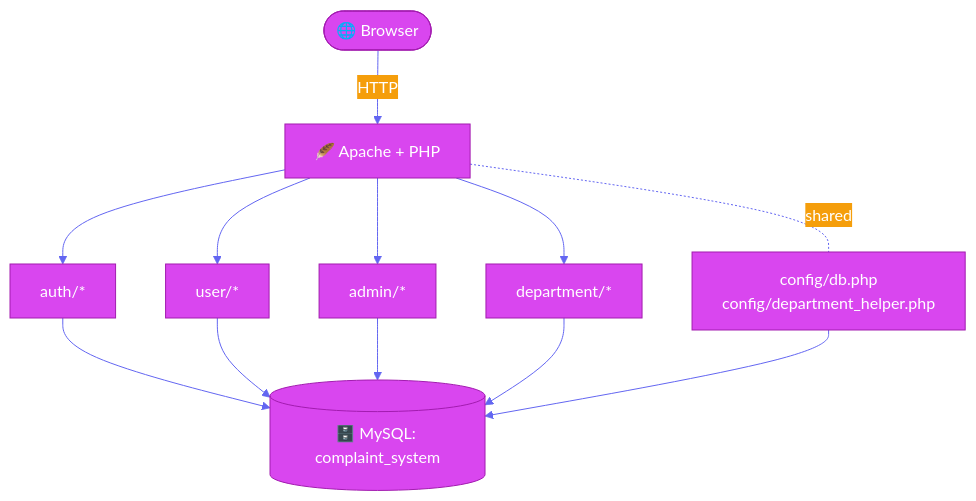
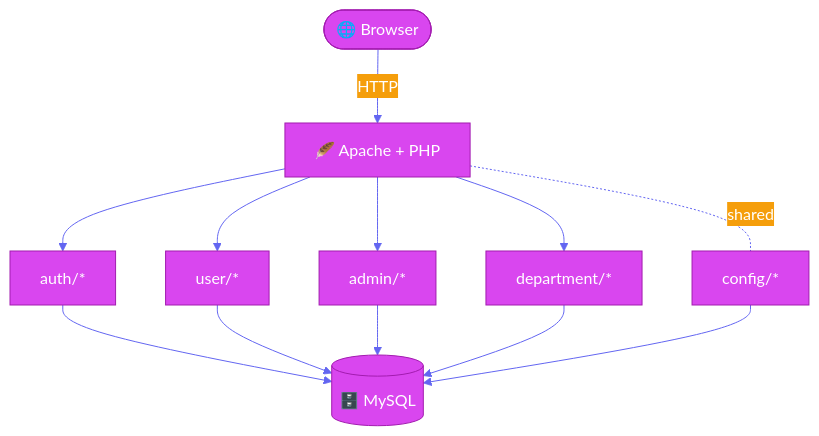
Before and after one commit to jagratsati45/complaint_system_project: the second of 4 diagrams in README.md, drawn with Mermaid. The commit also changed other lines of this file, not shown here.

````diff
--- a/README.md
+++ b/README.md
@@ -265,15 +244,15 @@
 ```mermaid
 %%{init: {'theme':'base','themeVariables':{'primaryColor':'#D946EF','primaryTextColor':'#fff','primaryBorderColor':'#A21CAF','lineColor':'#6366F1','secondaryColor':'#F59E0B','tertiaryColor':'#0F172A'}}}%%
 flowchart TB
   Browser([🌐 Browser]) -->|HTTP| Apache[🪶 Apache + PHP]
   Apache --> Auth[auth/*]
   Apache --> UserMod[user/*]
   Apache --> AdminMod[admin/*]
   Apache --> DeptMod[department/*]
-  Auth --> DB[(🗄️ MySQL: complaint_system)]
+  Auth --> DB[(🗄️ MySQL)]
   UserMod --> DB
   AdminMod --> DB
   DeptMod --> DB
-  Apache -. shared .- Config[config/db.php<br/>config/department_helper.php]
+  Apache -. shared .- Config[config/*]
   Config --> DB
 ```
````
